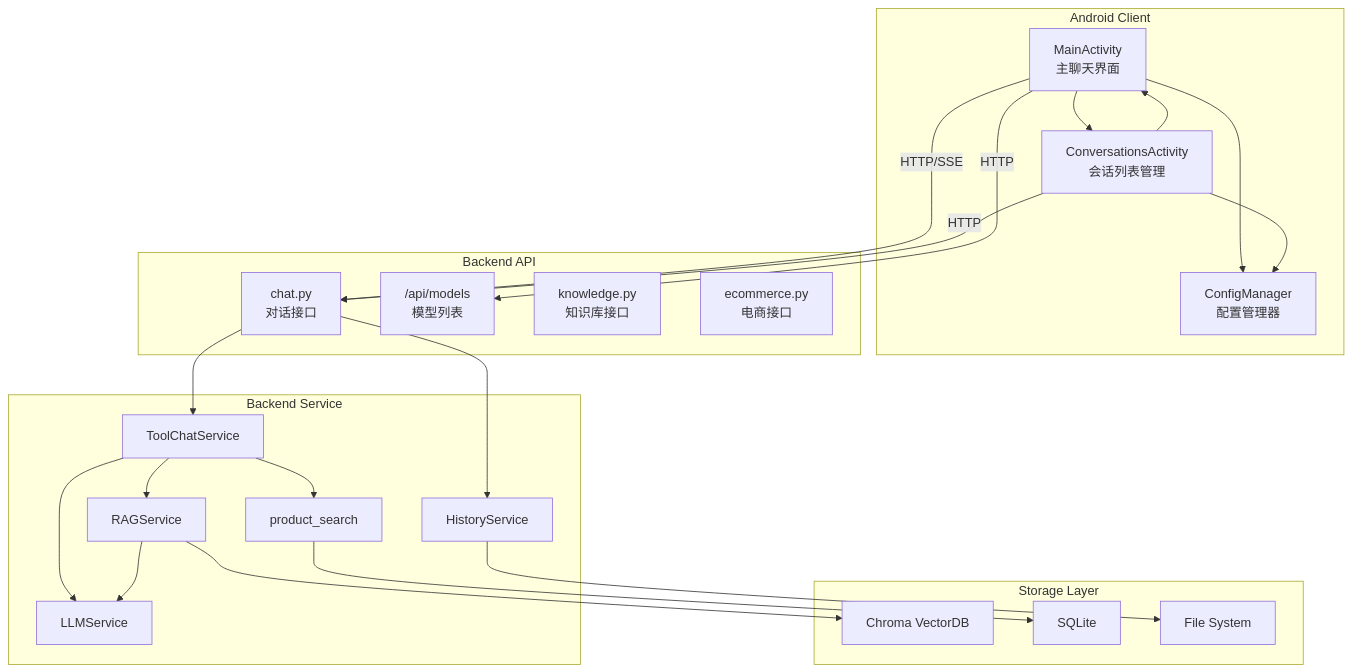
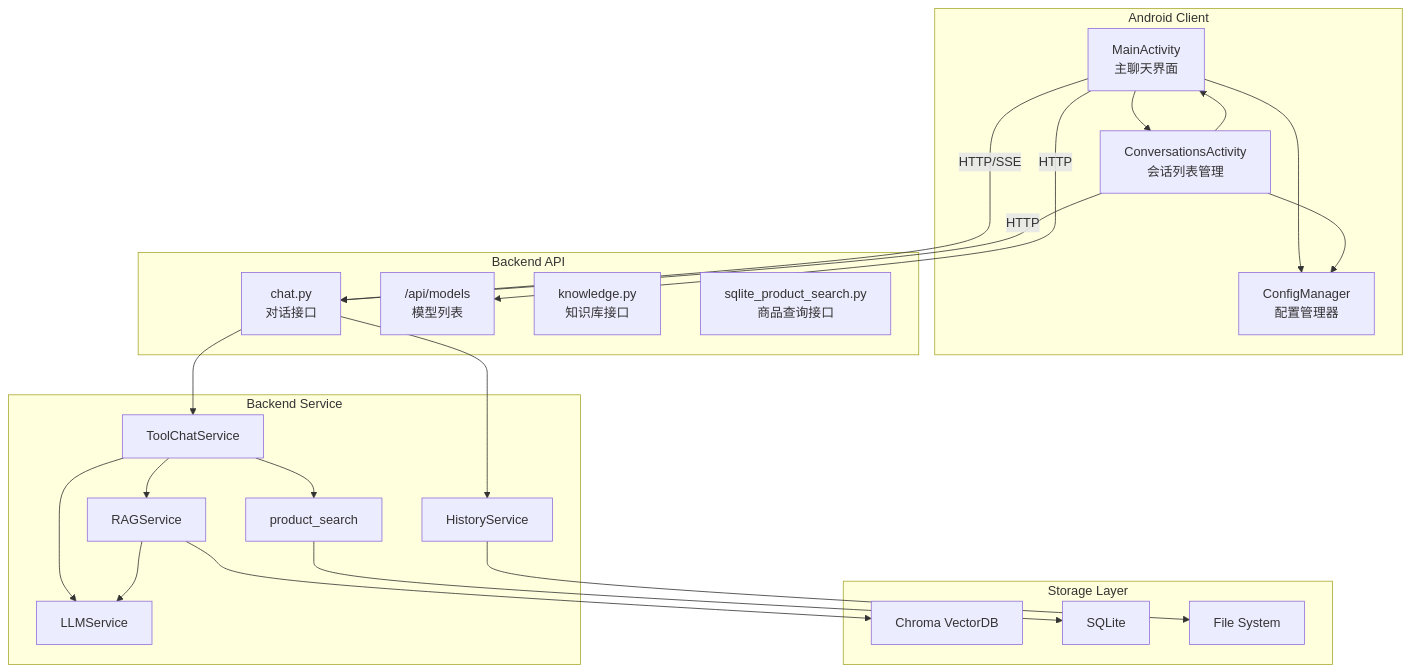
One commit to Fang-Chenxin/ragApp2 changed the diagram in docs/项目介绍说明.md. Above: the diagram before and after it, drawn with Mermaid. The commit also changed other lines of this file and 11 other files, not shown here.

Commit message:
feat: v1.1.2 新增导购购买意图识别与回复口径优化

````diff
--- a/docs/项目介绍说明.md
+++ b/docs/项目介绍说明.md
@@ -44,47 +45,47 @@
 ```mermaid
 graph TB
     subgraph "Android Client"
         MA["MainActivity<br/>主聊天界面"]
         CA["ConversationsActivity<br/>会话列表管理"]
         CM["ConfigManager<br/>配置管理器"]
         MA --> CA
         CA --> MA
         MA --> CM
         CA --> CM
     end
     
     subgraph "Backend API"
         CH["chat.py<br/>对话接口"]
         ML["/api/models<br/>模型列表"]
         KN["knowledge.py<br/>知识库接口"]
-        EC["ecommerce.py<br/>电商接口"]
+        PSAPI["sqlite_product_search.py<br/>商品查询接口"]
     end
     
     subgraph "Backend Service"
         LS["LLMService"]
         RS["RAGService"]
         HS["HistoryService"]
         TC["ToolChatService"]
         PS["product_search"]
     end
     
     subgraph "Storage Layer"
         VS["Chroma VectorDB"]
         DB["SQLite"]
         FS["File System"]
     end
     
     MA -->|HTTP/SSE| CH
     MA -->|HTTP| ML
     CA -->|HTTP| CH
     
     CH --> TC
     CH --> HS
     TC --> RS
     TC --> PS
     TC --> LS
     RS --> LS
     RS --> VS
     PS --> DB
     HS --> FS
 ```
````
